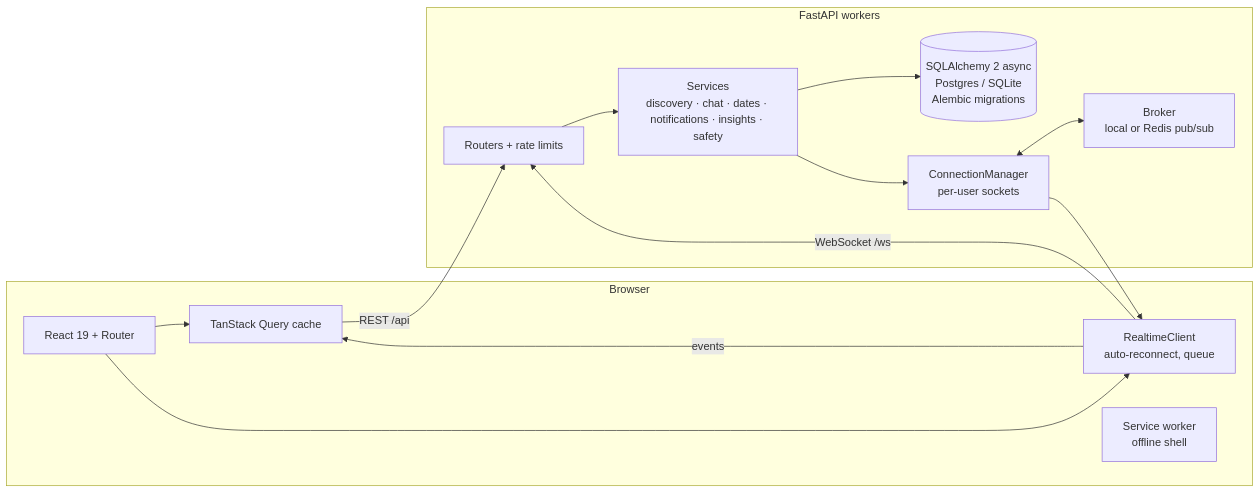
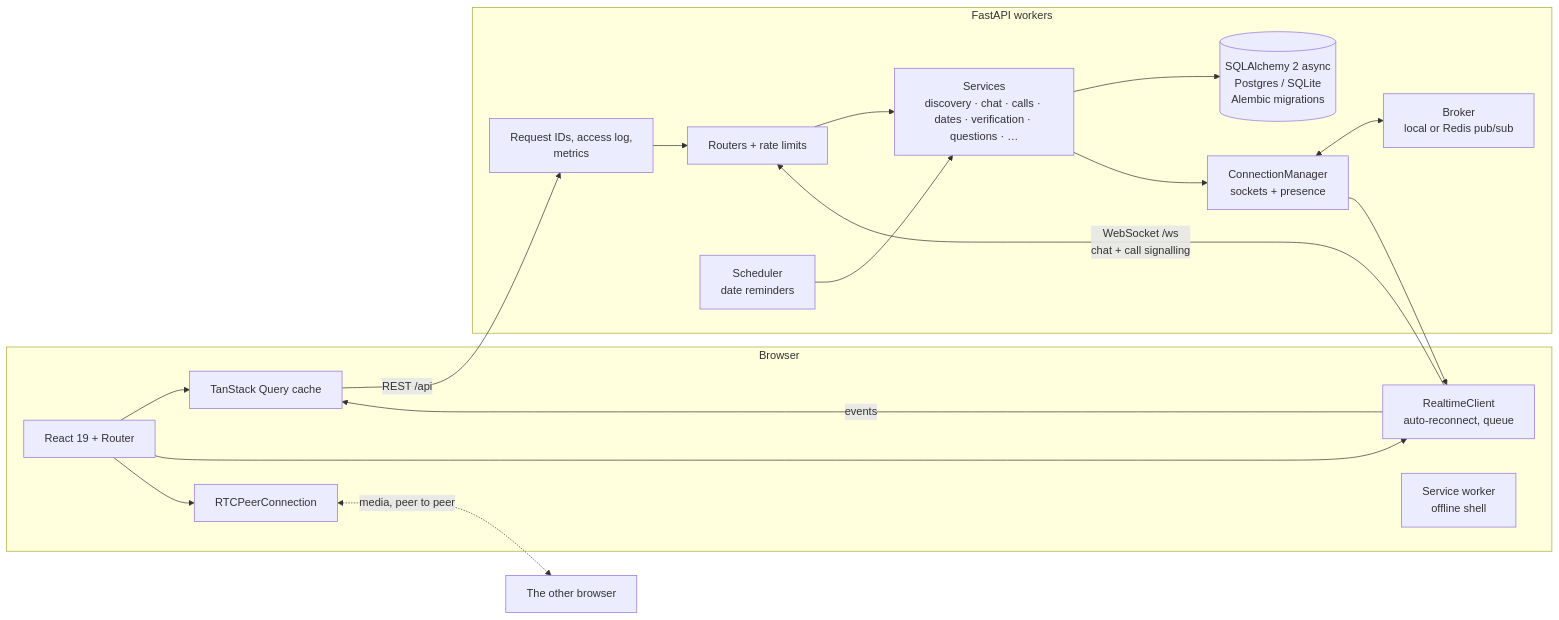
Before and after one commit to Winter2141/kindred-dating: the diagram in README.md, drawn with Mermaid. The commit also changed other lines of this file and 27 other files, not shown here.

````diff
--- a/README.md
+++ b/README.md
@@ -111,18 +134,22 @@
 ```mermaid
 flowchart LR
     subgraph Browser
         UI[React 19 + Router] --> RQ[TanStack Query cache]
         UI --> WS[RealtimeClient<br/>auto-reconnect, queue]
         WS -- events --> RQ
+        UI --> RTC[RTCPeerConnection]
         SW[Service worker<br/>offline shell]
     end
-    RQ -- REST /api --> API
-    WS -- WebSocket /ws --> API
+    RTC <-. media, peer to peer .-> RTC2[The other browser]
+    RQ -- REST /api --> MW
+    WS -- WebSocket /ws<br/>chat + call signalling --> API
     subgraph FastAPI workers
-        API[Routers + rate limits] --> SVC[Services<br/>discovery · chat · dates · notifications · insights · safety]
+        MW[Request IDs, access log,<br/>metrics] --> API[Routers + rate limits]
+        API --> SVC[Services<br/>discovery · chat · calls · dates · verification · questions · …]
         SVC --> DB[(SQLAlchemy 2 async<br/>Postgres / SQLite<br/>Alembic migrations)]
-        SVC --> HUB[ConnectionManager<br/>per-user sockets]
+        SVC --> HUB[ConnectionManager<br/>sockets + presence]
         HUB <--> BR[Broker<br/>local or Redis pub/sub]
         HUB --> WS
+        JOBS[Scheduler<br/>date reminders] --> SVC
     end
 ```
````
